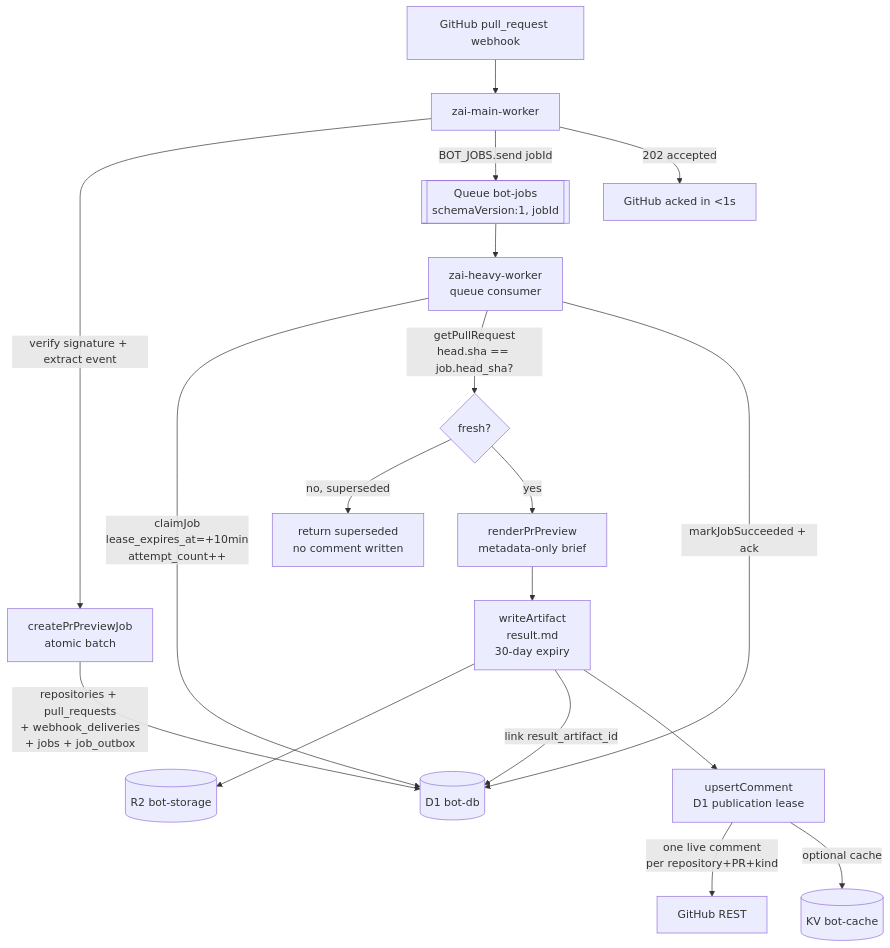
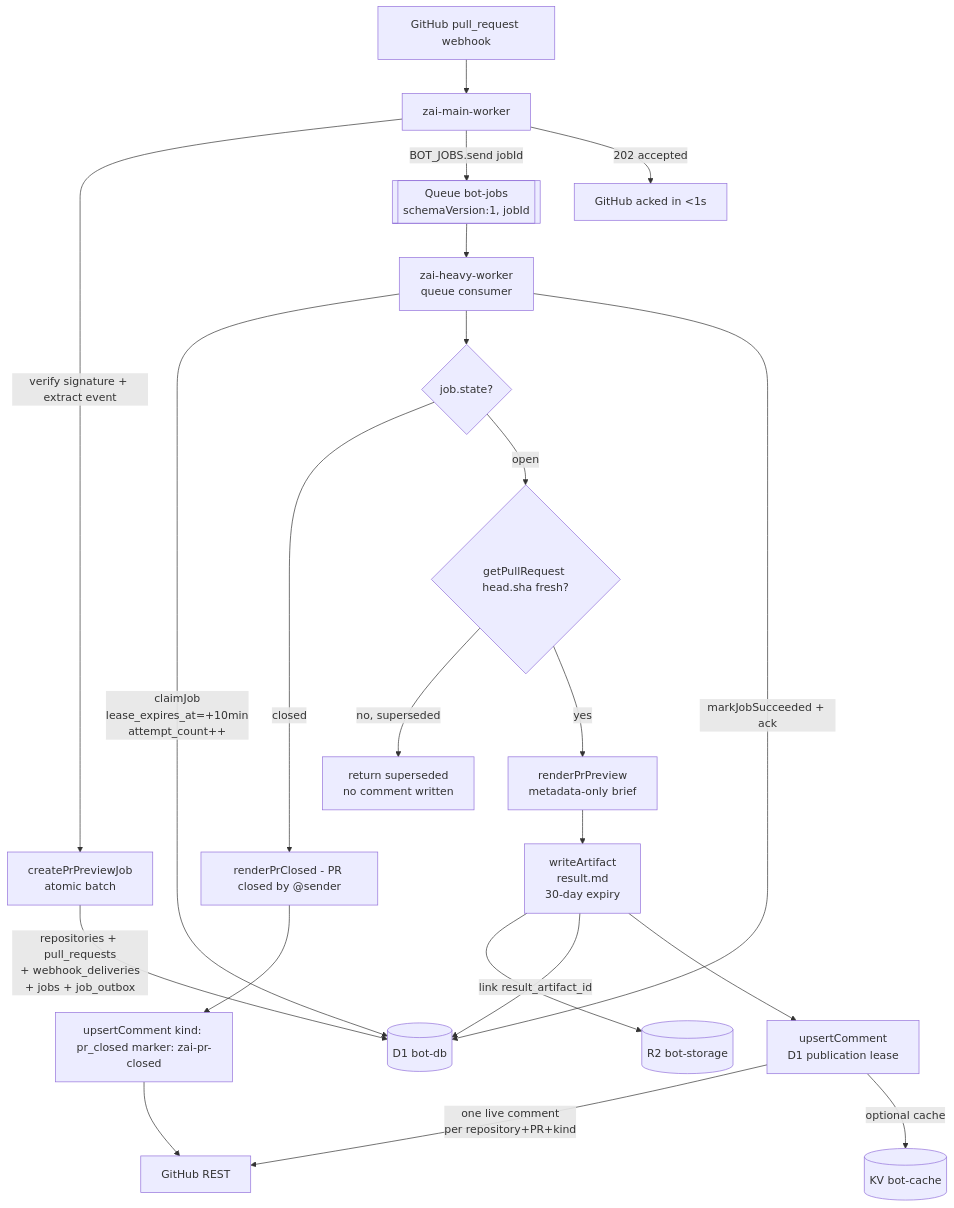
One commit to AndreiDrang/zai-code-bot changed the first of 4 diagrams in poc/README.md. Above: the diagram before and after it, drawn with Mermaid. The commit also changed other lines of this file, not shown here.

First line of the commit message:
docs(poc): sync readme with closed-state and title-edit

````diff
--- a/poc/README.md
+++ b/poc/README.md
@@ -111,20 +116,24 @@
 ```mermaid
 flowchart TD
   WH[GitHub pull_request webhook] --> MAIN[zai-main-worker]
   MAIN -->|verify signature + extract event| DB1[createPrPreviewJob\natomic batch]
   DB1 -->|repositories + pull_requests\n+ webhook_deliveries\n+ jobs + job_outbox| D1[(D1 bot-db)]
   MAIN -->|BOT_JOBS.send jobId| Q[[Queue bot-jobs\nschemaVersion:1, jobId]]
   MAIN -->|202 accepted| GH[GitHub acked in <1s]
   Q --> HEAVY[zai-heavy-worker\nqueue consumer]
   HEAVY -->|claimJob\nlease_expires_at=+10min\nattempt_count++| D1
-  HEAVY -->|getPullRequest\nhead.sha == job.head_sha?| CHK{fresh?}
+  HEAVY --> ST{job.state?}
+  ST -- closed --> CLOSED[renderPrClosed - PR closed by @sender]
+  CLOSED --> CLOSEDPUB[upsertComment kind: pr_closed marker: zai-pr-closed]
+  CLOSEDPUB --> GH2
+  ST -- open --> CHK{getPullRequest head.sha fresh?}
   CHK -- no, superseded --> SKIP[return superseded\nno comment written]
   CHK -- yes --> REND[renderPrPreview\nmetadata-only brief]
   REND --> R2W[writeArtifact\nresult.md\n30-day expiry]
   R2W --> R2[(R2 bot-storage)]
   R2W -->|link result_artifact_id| D1
   R2W --> PUB[upsertComment\nD1 publication lease]
   PUB -->|one live comment\nper repository+PR+kind| GH2[GitHub REST]
   PUB -->|optional cache| KV[(KV bot-cache)]
   HEAVY -->|markJobSucceeded + ack| D1
 ```
````
